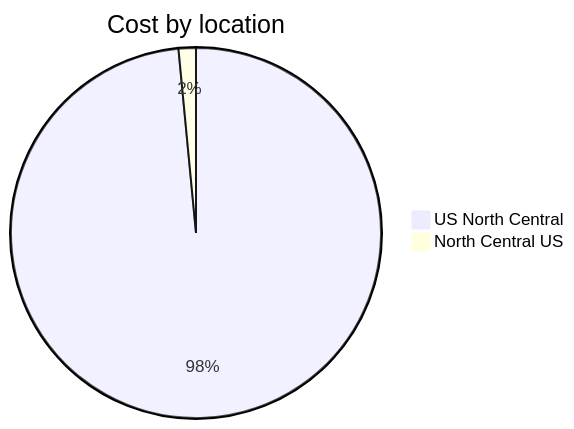
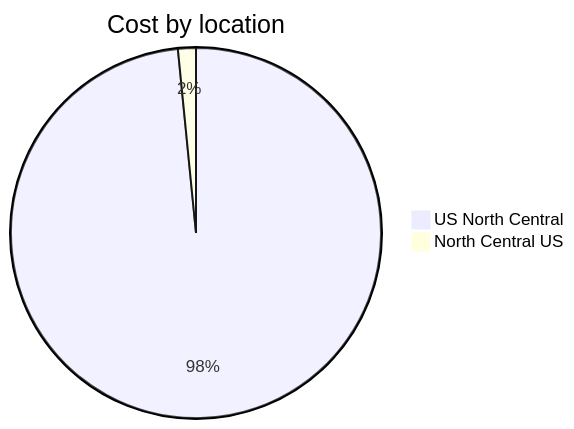
One commit to jpfulton/azure-personal-reports changed the third of 4 diagrams in cost-reports/personal-network/backup-server-data-disk.md. Above: the diagram before and after it, drawn with Mermaid. The commit also changed other lines of this file and 7 other files, not shown here.

````diff
--- a/cost-reports/personal-network/backup-server-data-disk.md
+++ b/cost-reports/personal-network/backup-server-data-disk.md
@@ -108,6 +108,6 @@
 ```mermaid
 pie
    title Cost by location
-   "US North Central" : 17.58
-   "North Central US" : 0.27
+   "US North Central" : 18.25
+   "North Central US" : 0.29
 ```
````
